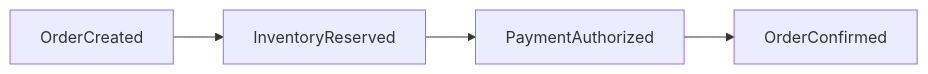
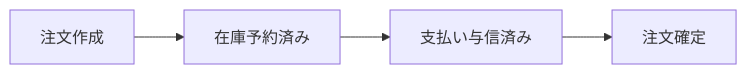
The fifth of 7 diagrams in src/content/docs/05-distributed-db/16-distributed-transactions.md (hirunebot/database-systems-book), drawn with Mermaid before and after one commit. The commit also changed other lines of this file and 42 other files, not shown here.

````diff
--- a/src/content/docs/05-distributed-db/16-distributed-transactions.md
+++ b/src/content/docs/05-distributed-db/16-distributed-transactions.md
@@ -257,6 +257,6 @@
 ```mermaid
 flowchart LR
-    Order["OrderCreated"] --> Inventory["InventoryReserved"]
-    Inventory --> Payment["PaymentAuthorized"]
-    Payment --> Confirm["OrderConfirmed"]
+    Order["注文作成"] --> Inventory["在庫予約済み"]
+    Inventory --> Payment["支払い与信済み"]
+    Payment --> Confirm["注文確定"]
 ```
````
